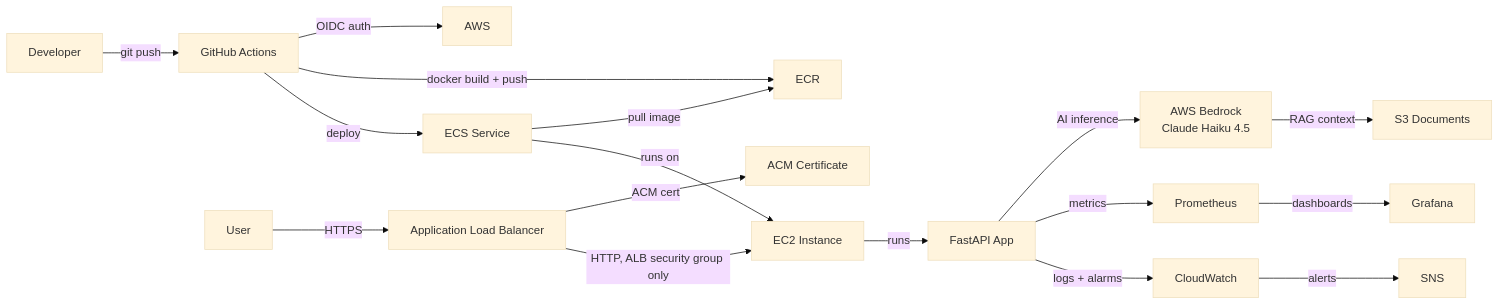
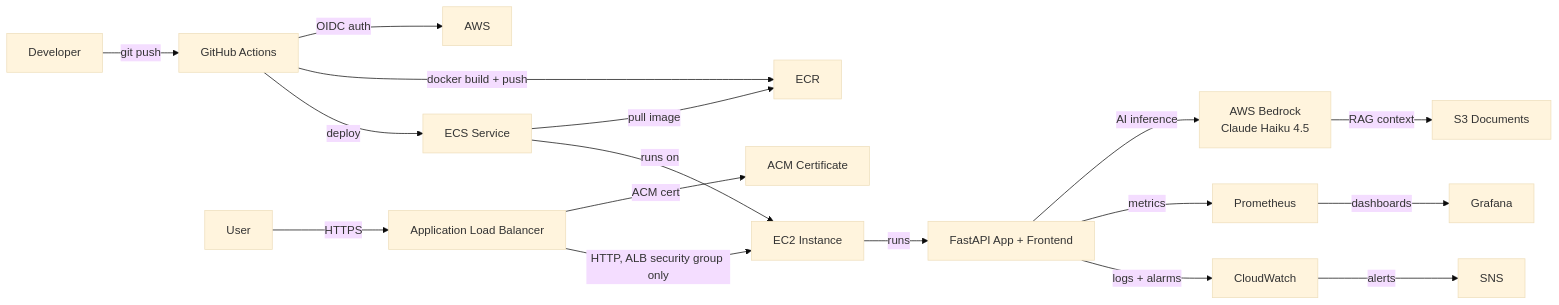
Before and after one commit to gavin-alan/devops-homelab: the diagram in README.md, drawn with Mermaid (base theme). The commit also changed other lines of this file and 10 other files, not shown here.

````diff
--- a/README.md
+++ b/README.md
@@ -13,19 +13,19 @@
 ```mermaid
 graph LR
     dev[Developer] -->|git push| gh[GitHub Actions]
     gh -->|OIDC auth| aws[AWS]
     gh -->|docker build + push| ecr[ECR]
     gh -->|deploy| ecs[ECS Service]
     user[User] -->|HTTPS| alb[Application Load Balancer]
     alb -->|ACM cert| acm[ACM Certificate]
     alb -->|HTTP, ALB security group only| ec2[EC2 Instance]
     ecs -->|pull image| ecr
     ecs -->|runs on| ec2
-    ec2 -->|runs| app[FastAPI App]
+    ec2 -->|runs| app[FastAPI App + Frontend]
     app -->|AI inference| bedrock[AWS Bedrock\nClaude Haiku 4.5]
     bedrock -->|RAG context| s3[S3 Documents]
     app -->|metrics| prom[Prometheus]
     prom -->|dashboards| grafana[Grafana]
     app -->|logs + alarms| cw[CloudWatch]
     cw -->|alerts| sns[SNS]
 ```
````
